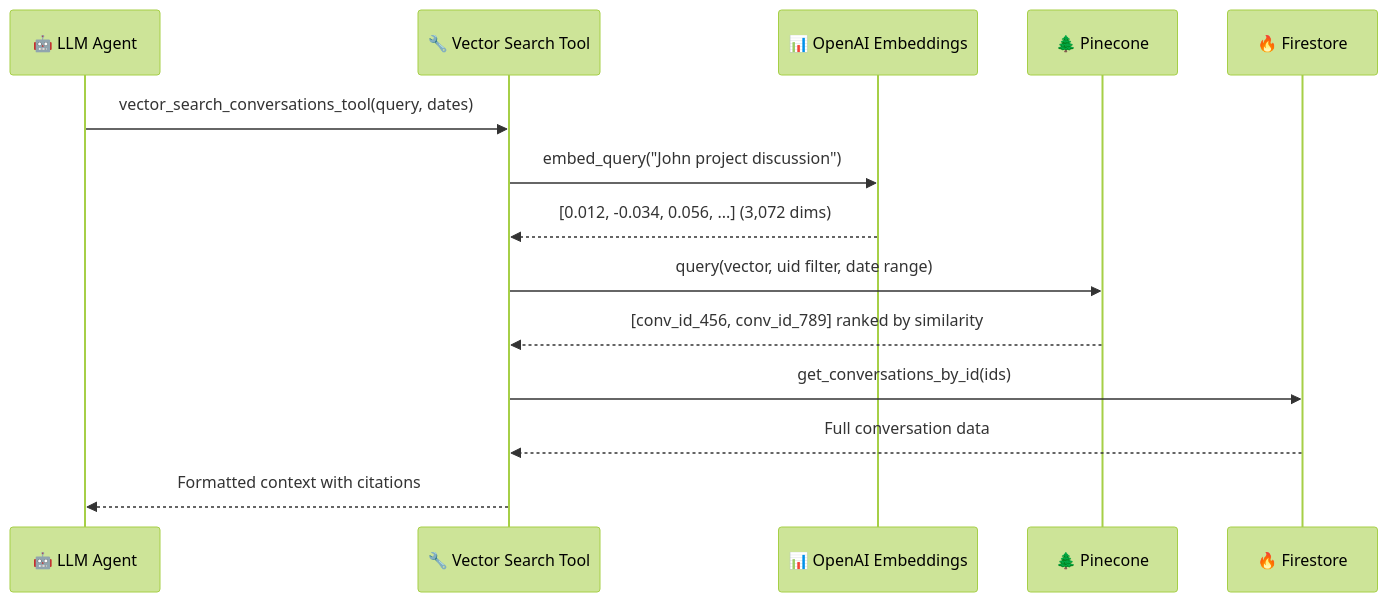
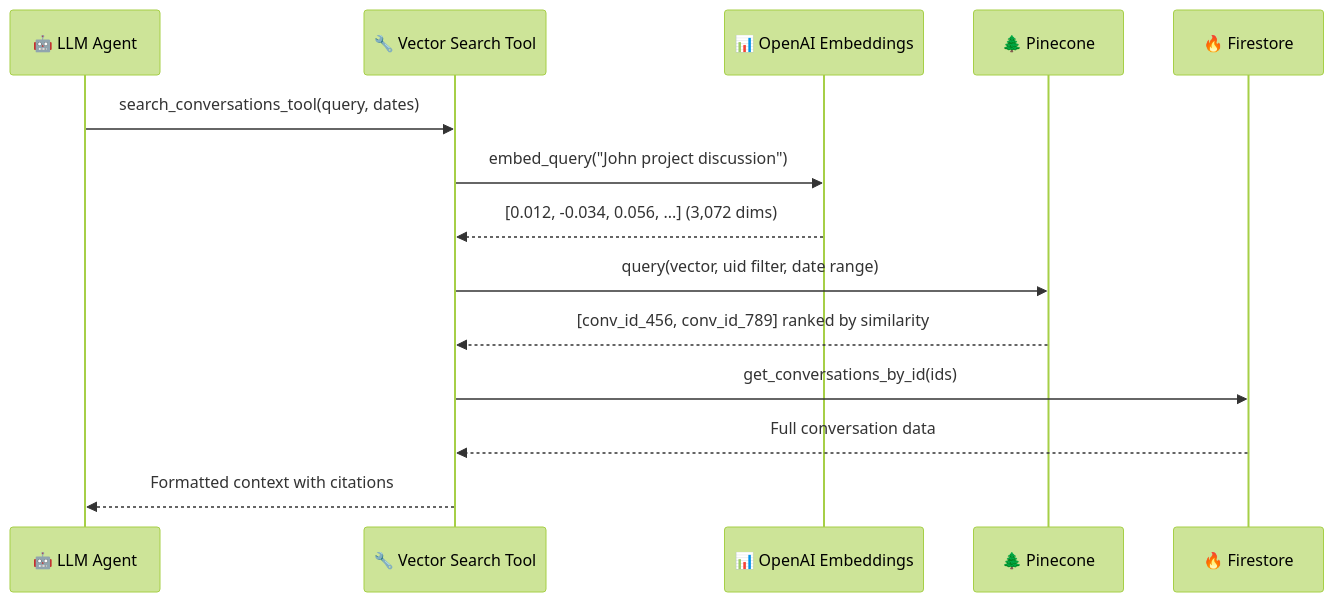
One commit to DG303/omi changed the second of 2 diagrams in docs/doc/developer/backend/chat_system.mdx. Above: the diagram before and after it, drawn with Mermaid (forest theme). The commit also changed other lines of this file and 6 other files, not shown here.

Commit message:
rename vector search to search since thats the only search

````diff
--- a/docs/doc/developer/backend/chat_system.mdx
+++ b/docs/doc/developer/backend/chat_system.mdx
@@ -250,17 +250,17 @@
 ```mermaid
 sequenceDiagram
     participant Agent as 🤖 LLM Agent
     participant Tool as 🔧 Vector Search Tool
     participant Embed as 📊 OpenAI Embeddings
     participant Pine as 🌲 Pinecone
     participant Fire as 🔥 Firestore
 
-    Agent->>Tool: vector_search_conversations_tool(query, dates)
+    Agent->>Tool: search_conversations_tool(query, dates)
     Tool->>Embed: embed_query("John project discussion")
     Embed-->>Tool: [0.012, -0.034, 0.056, ...] (3,072 dims)
     Tool->>Pine: query(vector, uid filter, date range)
     Pine-->>Tool: [conv_id_456, conv_id_789] ranked by similarity
     Tool->>Fire: get_conversations_by_id(ids)
     Fire-->>Tool: Full conversation data
     Tool-->>Agent: Formatted context with citations
 ```
````
